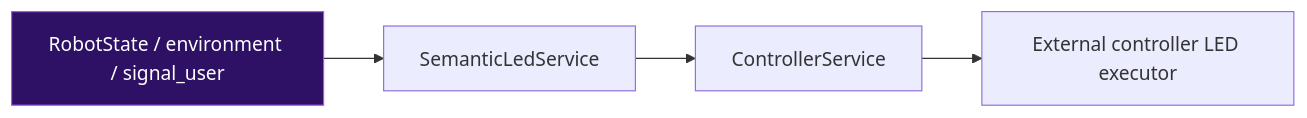
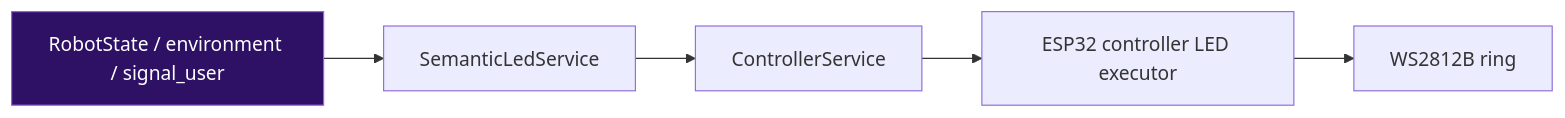
The eighth of 18 diagrams in docs/architecture.md (phosairobot/phos), drawn with Mermaid before and after one commit. The commit also changed other lines of this file and 17 other files, not shown here.

Commit message:
docs: clarify that WS2812B LED ring connects to ESP32 controller rather than directly to Pi

````diff
--- a/docs/architecture.md
+++ b/docs/architecture.md
@@ -376,9 +378,10 @@
 ```mermaid
 flowchart LR
   n0["RobotState / environment / signal_user"]
   n1["SemanticLedService"]
   n2["ControllerService"]
-  n3["External controller LED executor"]
-  n0 --> n1 --> n2 --> n3
+  n3["ESP32 controller LED executor"]
+  n4["WS2812B ring"]
+  n0 --> n1 --> n2 --> n3 --> n4
   style n0 fill:#2e1065,stroke:#a855f7,color:#fff
 ```
````
